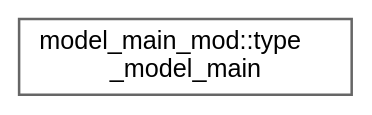
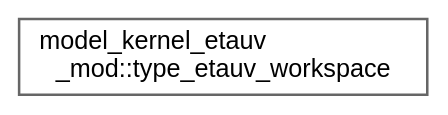
Before and after one commit to mayhl/FUNWAVE-TVD: the diagram in release/v4.0-beta/inherit_graph_40.dot, drawn with Graphviz. The commit also changed 52 other files, not shown here.

```diff
--- a/release/v4.0-beta/inherit_graph_40.dot
+++ b/release/v4.0-beta/inherit_graph_40.dot
@@ -1,9 +1,9 @@
 digraph "Graphical Class Hierarchy"
 {
  // LATEX_PDF_SIZE
   bgcolor="transparent";
   edge [fontname=Helvetica,fontsize=10,labelfontname=Helvetica,labelfontsize=10];
   node [fontname=Helvetica,fontsize=10,shape=box,height=0.2,width=0.4];
   rankdir="LR";
-  Node0 [id="Node000000",label="model_main_mod::type\l_model_main",height=0.2,width=0.4,color="grey40", fillcolor="white", style="filled",URL="$structmodel__main__mod_1_1type__model__main.html",tooltip=" "];
+  Node0 [id="Node000000",label="model_kernel_etauv\l_mod::type_etauv_workspace",height=0.2,width=0.4,color="grey40", fillcolor="white", style="filled",URL="$structmodel__kernel__etauv__mod_1_1type__etauv__workspace.html",tooltip=" "];
 }
```
